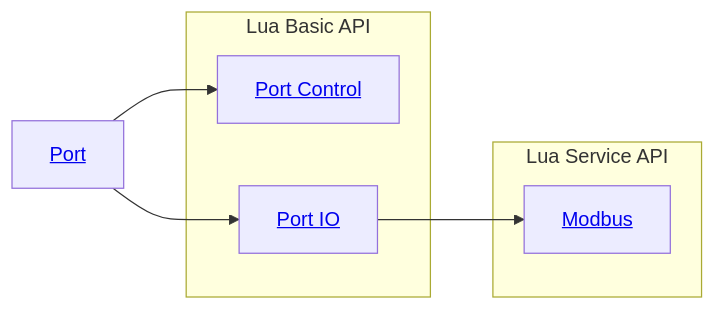
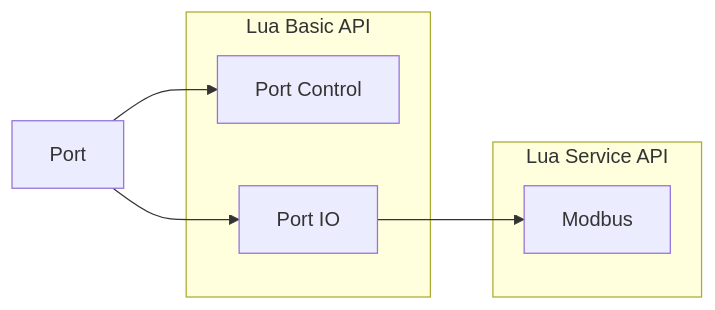
One commit to zyt20001205/UniComm2 changed the first of 2 diagrams in readme.md. Above: the diagram before and after it, drawn with Mermaid.

Commit message:
readme modified

````diff
--- a/readme.md
+++ b/readme.md
@@ -40,16 +40,21 @@
 ```mermaid
 flowchart LR
-    port[<a href='#SupportPortTypes'>Port</a>]
-
+    port[Port]
+    
     subgraph Lua Basic API
-        portControl[<a href='#PortControl'>Port Control</a>]
-        portIO[<a href='#PortIO'>Port IO</a>]
+        portControl[Port Control]
+        portIO[Port IO]
     end
 
     subgraph Lua Service API
-        modbus[<a href='#Modbus'>Modbus</a>]
+        modbus[Modbus]
     end
 
     port --> portControl & portIO
     portIO --> modbus
+    
+    click port "#SupportPortTypes" "Support Port Types"
+    click portControl "#PortControl" "Port Control"
+    click portIO "#PortIO" "Port IO"
+    click modbus "#Modbus" "Modbus"
 ```
````
